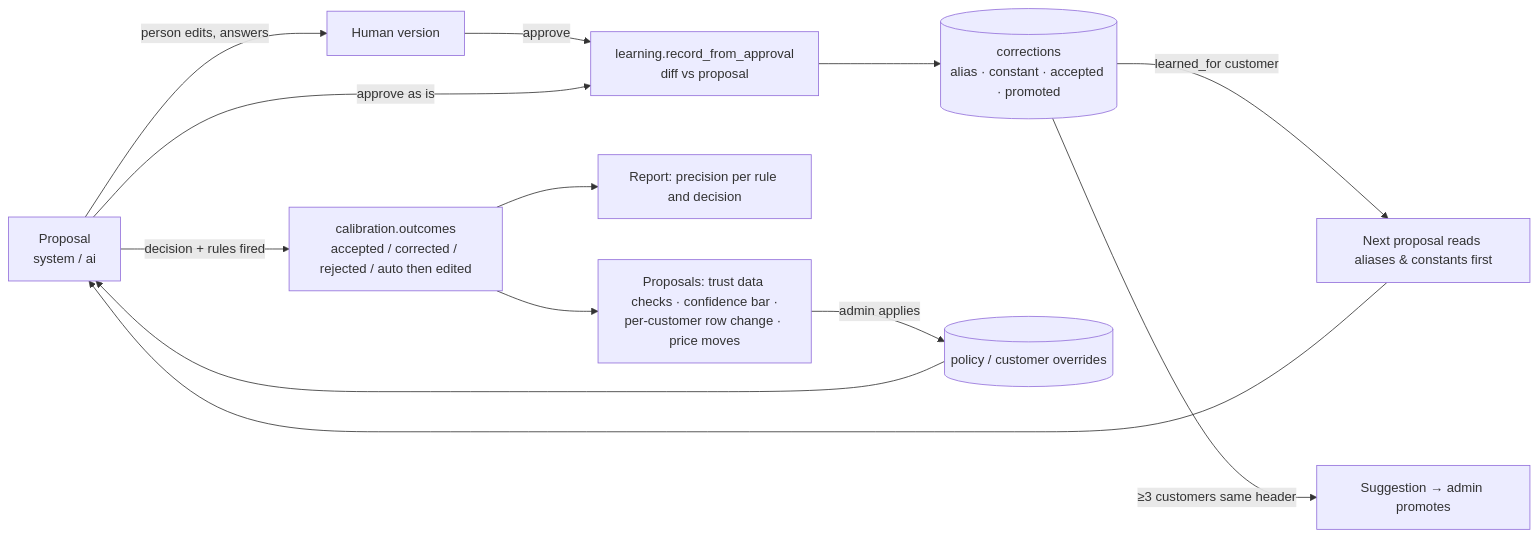
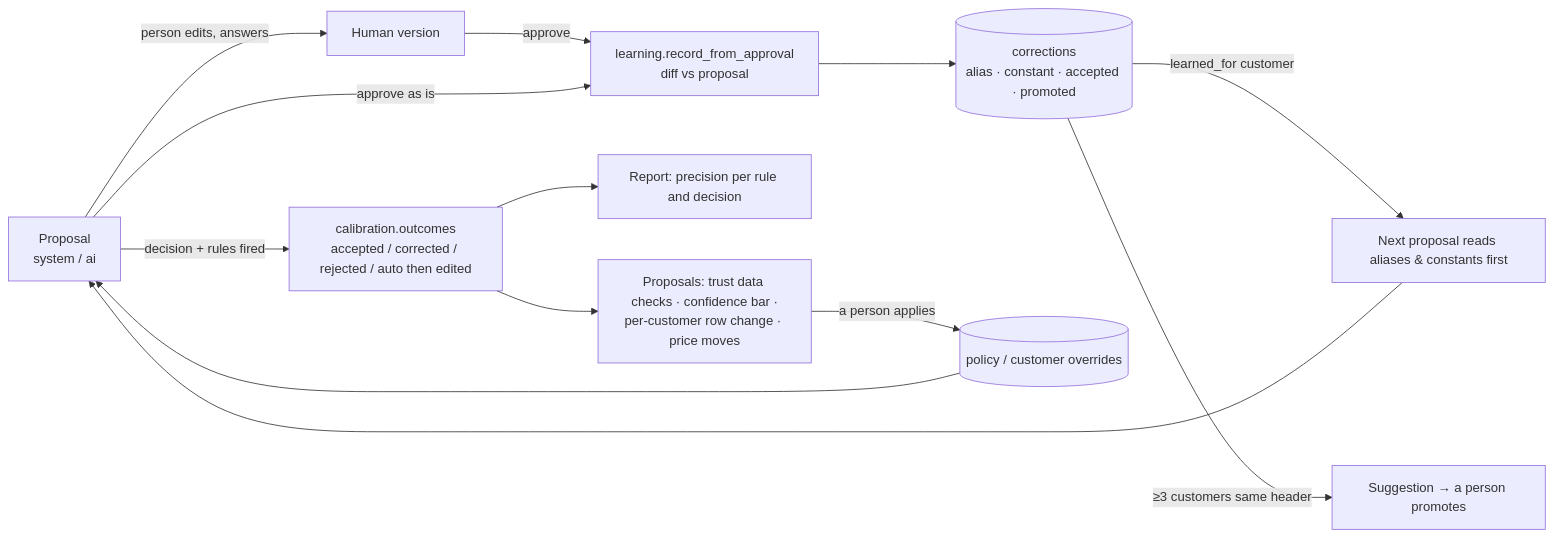
One commit to BeatChalongrat/Forma changed the eighth of 20 diagrams in docs/SYSTEM_FLOWS.md. Above: the diagram before and after it, drawn with Mermaid. The commit also changed other lines of this file and 18 other files, not shown here.

````diff
--- a/docs/SYSTEM_FLOWS.md
+++ b/docs/SYSTEM_FLOWS.md
@@ -287,15 +287,15 @@
 ```mermaid
 flowchart LR
   A[Proposal<br/>system / ai] -->|person edits, answers| B[Human version]
   B -->|approve| C[learning.record_from_approval<br/>diff vs proposal]
   A -->|approve as is| C
   C --> D[(corrections<br/>alias · constant · accepted · promoted)]
   D -->|learned_for customer| E[Next proposal reads aliases & constants first]
-  D -->|≥3 customers same header| F[Suggestion → admin promotes]
+  D -->|≥3 customers same header| F[Suggestion → a person promotes]
   E --> A
   A -->|decision + rules fired| G[calibration.outcomes<br/>accepted / corrected / rejected / auto then edited]
   G --> H[Report: precision per rule and decision]
   G --> I[Proposals: trust data checks · confidence bar ·<br/>per-customer row change · price moves]
-  I -->|admin applies| J[(policy / customer overrides)]
+  I -->|a person applies| J[(policy / customer overrides)]
   J --> A
 ```
````
